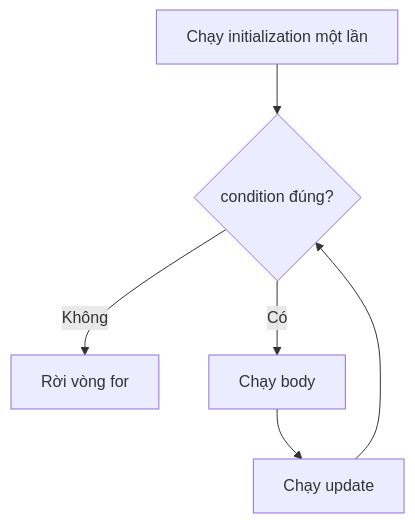
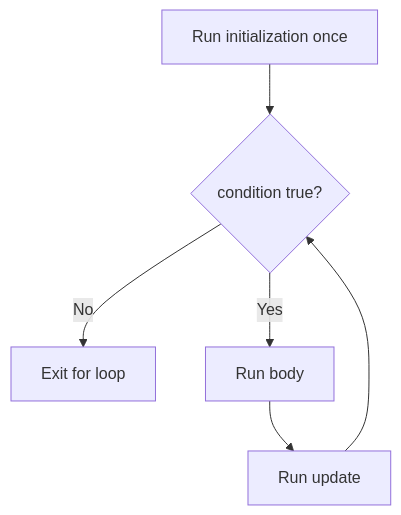
The diagram in module/platform/development/programming/language/java/core/language-basics/content/knowledge/en/22.loops/loops-003.md (phuongnguyenit93/learning-platform-data), drawn with Mermaid before and after one commit. The commit also changed other lines of this file and 2307 other files, not shown here.

```diff
--- a/module/platform/development/programming/language/java/core/language-basics/content/knowledge/en/22.loops/loops-003.md
+++ b/module/platform/development/programming/language/java/core/language-basics/content/knowledge/en/22.loops/loops-003.md
@@ -56,8 +56,8 @@
 ~~~mermaid
 flowchart TD
-    A["Chạy initialization một lần"] --> B{"condition đúng?"}
-    B -- "Không" --> E["Rời vòng for"]
-    B -- "Có" --> C["Chạy body"]
-    C --> D["Chạy update"]
+    A["Run initialization once"] --> B{"condition true?"}
+    B -- "No" --> E["Exit for loop"]
+    B -- "Yes" --> C["Run body"]
+    C --> D["Run update"]
     D --> B
 ~~~
```
